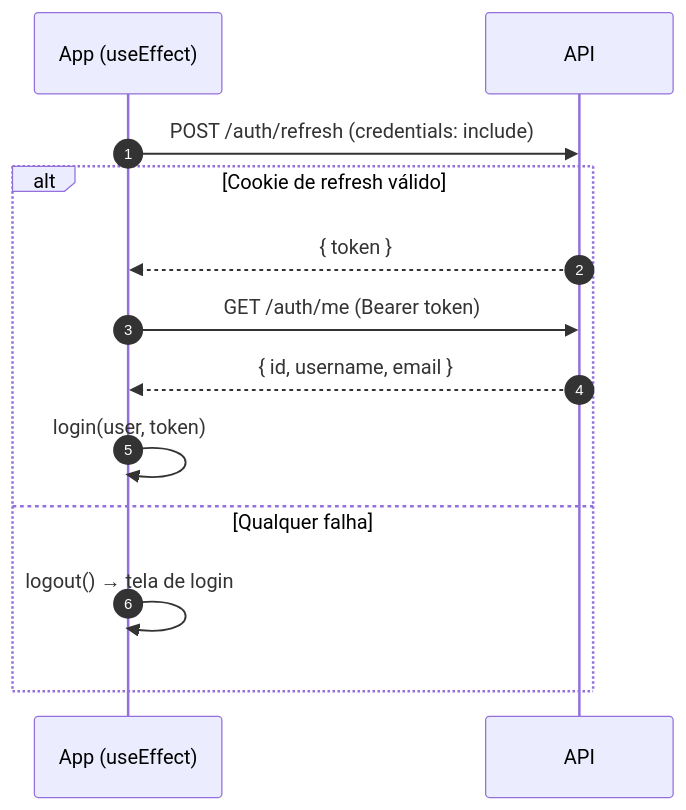
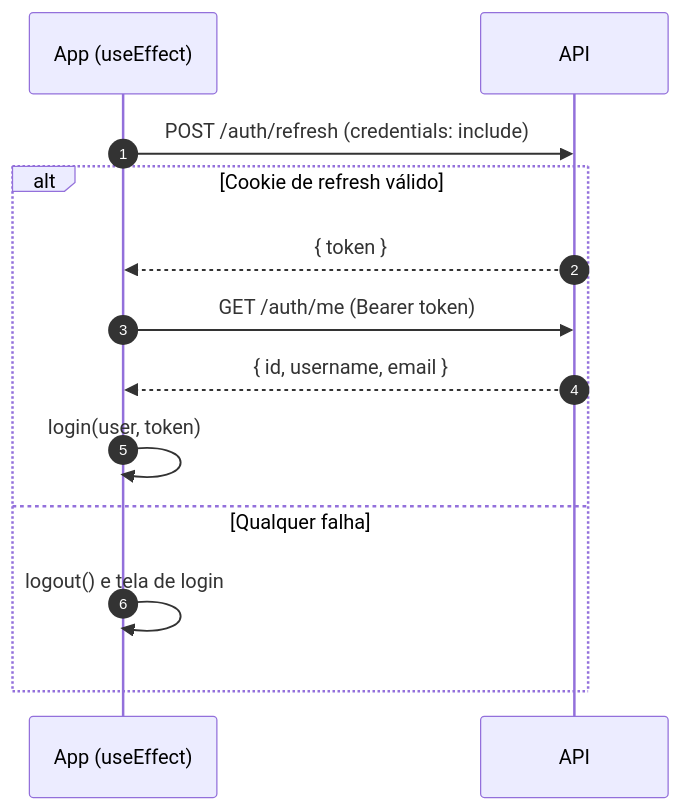
Before and after one commit to GustavoGuerato/AccessForge_WEB: the diagram in README.md, drawn with Mermaid. The commit also changed other lines of this file, not shown here.

````diff
--- a/README.md
+++ b/README.md
@@ -66,16 +112,16 @@
 ```mermaid
 sequenceDiagram
     autonumber
     participant W as App (useEffect)
     participant A as API
 
     W->>A: POST /auth/refresh (credentials: include)
     alt Cookie de refresh válido
         A-->>W: { token }
         W->>A: GET /auth/me (Bearer token)
         A-->>W: { id, username, email }
         W->>W: login(user, token)
     else Qualquer falha
-        W->>W: logout() → tela de login
+        W->>W: logout() e tela de login
     end
 ```
````
